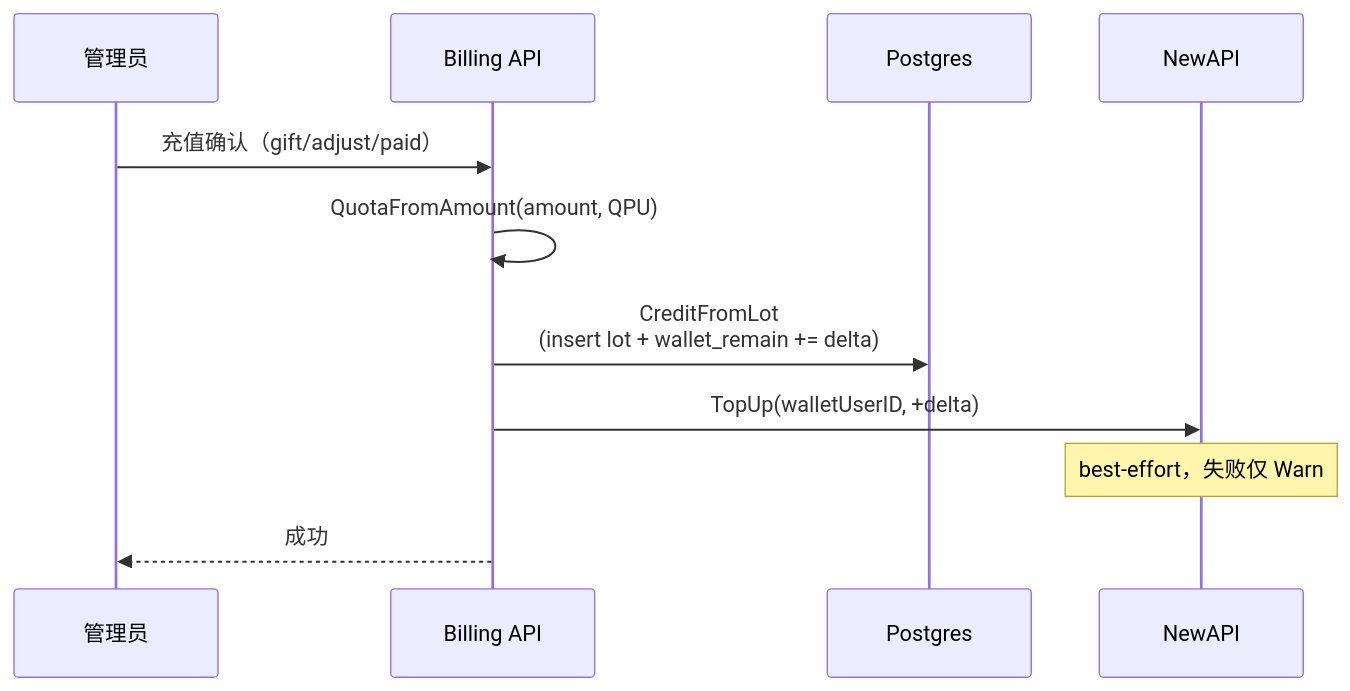
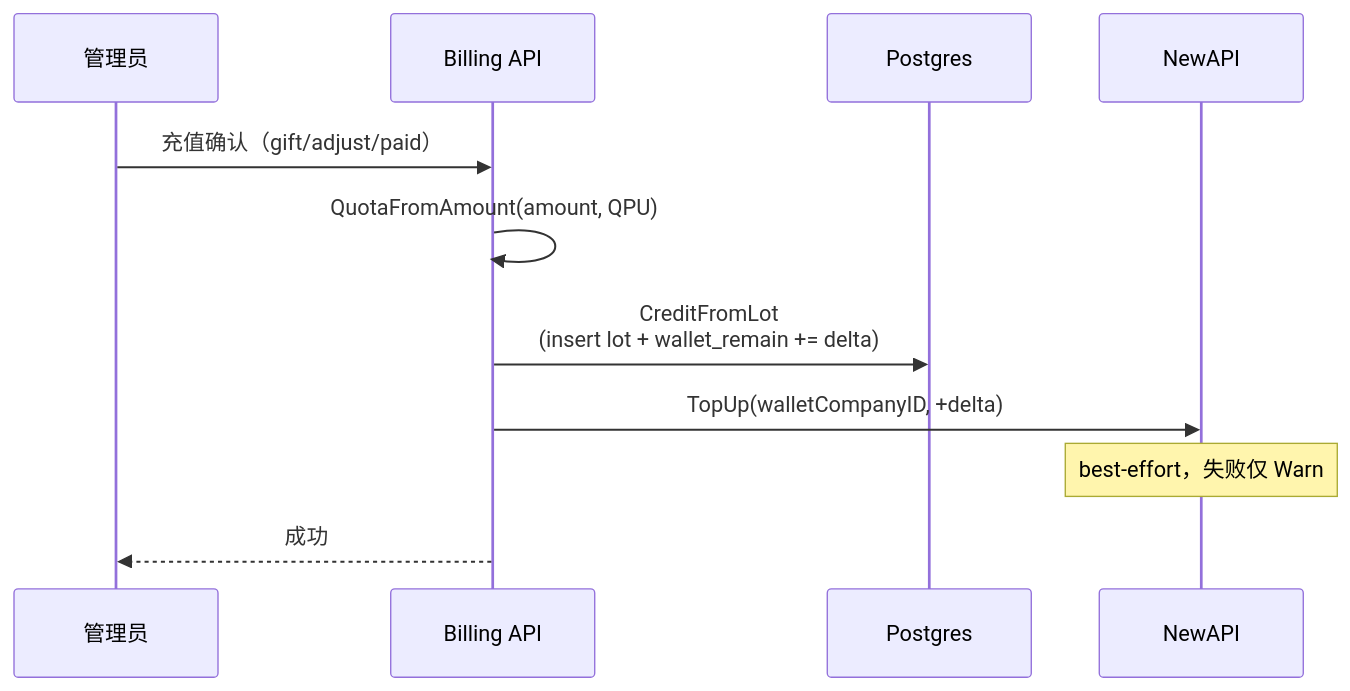
One commit to quyip8818/mytokenjoy changed the second of 10 diagrams in docs/reviews/budget-quota-billing-architecture.md. Above: the diagram before and after it, drawn with Mermaid. The commit also changed other lines of this file and 31 other files, not shown here.

````diff
--- a/docs/reviews/budget-quota-billing-architecture.md
+++ b/docs/reviews/budget-quota-billing-architecture.md
@@ -152,14 +152,14 @@
 ```mermaid
 sequenceDiagram
   participant Admin as 管理员
   participant API as Billing API
   participant PG as Postgres
   participant NA as NewAPI
 
   Admin->>API: 充值确认（gift/adjust/paid）
   API->>API: QuotaFromAmount(amount, QPU)
   API->>PG: CreditFromLot<br/>(insert lot + wallet_remain += delta)
-  API->>NA: TopUp(walletUserID, +delta)
+  API->>NA: TopUp(walletCompanyID, +delta)
   Note over NA: best-effort，失败仅 Warn
   API-->>Admin: 成功
 ```
````
